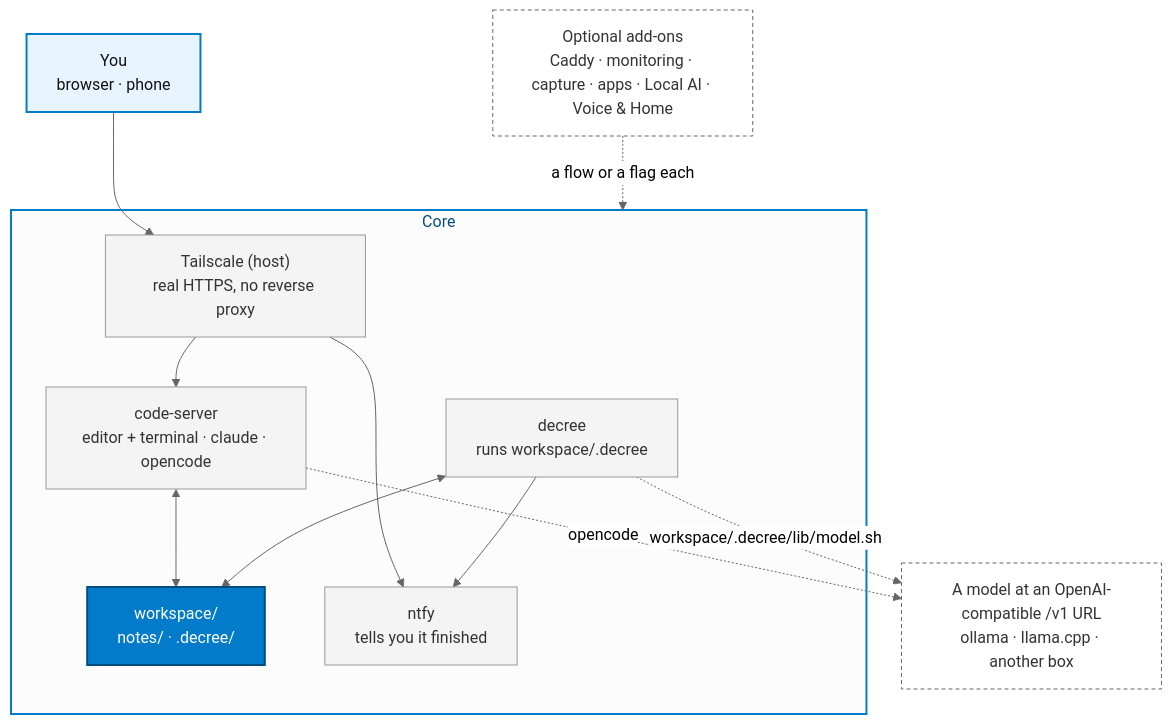
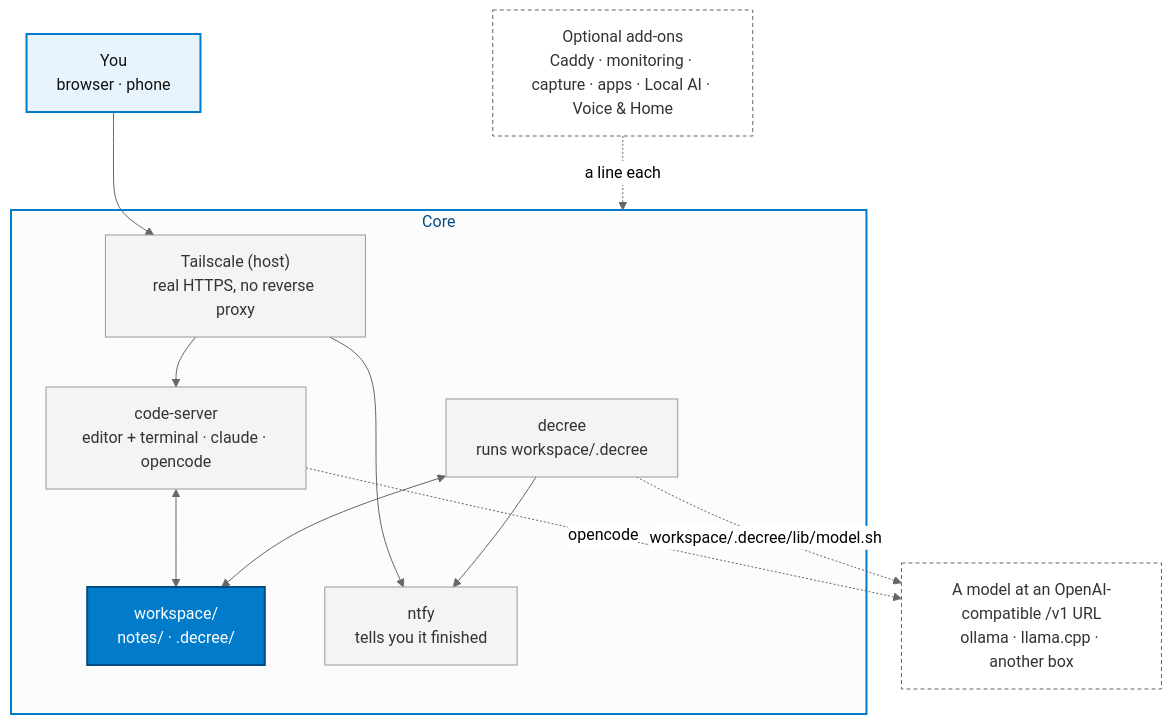
Before and after one commit to jtmckay/existential: the second of 2 diagrams in README.md, drawn with Mermaid (neutral theme). The commit also changed other lines of this file and 214 other files, not shown here.

````diff
--- a/README.md
+++ b/README.md
@@ -97,35 +97,35 @@
 ```mermaid
 flowchart TB
     you["You<br/>browser · phone"]
 
     subgraph core["Core"]
         ts["Tailscale (host)<br/>real HTTPS, no reverse proxy"]
         cs["code-server<br/>editor + terminal · claude · opencode"]
         ws["workspace/<br/>notes/ · .decree/"]
         dec["decree<br/>runs workspace/.decree"]
         ntfy["ntfy<br/>tells you it finished"]
     end
 
     model["A model at an OpenAI-compatible /v1 URL<br/>ollama · llama.cpp · another box"]
     addons["Optional add-ons<br/>Caddy · monitoring · capture · apps · Local AI · Voice &amp; Home"]
 
     you --> ts
     ts --> cs
     ts --> ntfy
     cs <--> ws
     dec <--> ws
     dec --> ntfy
     cs -. "opencode" .-> model
     dec -. "workspace/.decree/lib/model.sh" .-> model
-    addons -. "a flow or a flag each" .-> core
+    addons -. "a line each" .-> core
 
     classDef me fill:#e8f4fd,stroke:#027bcb,stroke-width:2px,color:#111
     classDef hub fill:#027bcb,stroke:#014d80,stroke-width:2px,color:#fff
     classDef box fill:#f4f4f4,stroke:#999,color:#333
     classDef ext fill:#fff,stroke:#666,stroke-dasharray:4 3,color:#333
     class you me
     class ws hub
     class ts,cs,dec,ntfy box
     class model,addons ext
     style core fill:#fcfcfc,stroke:#027bcb,stroke-width:2px,color:#014d80
 ```
````
